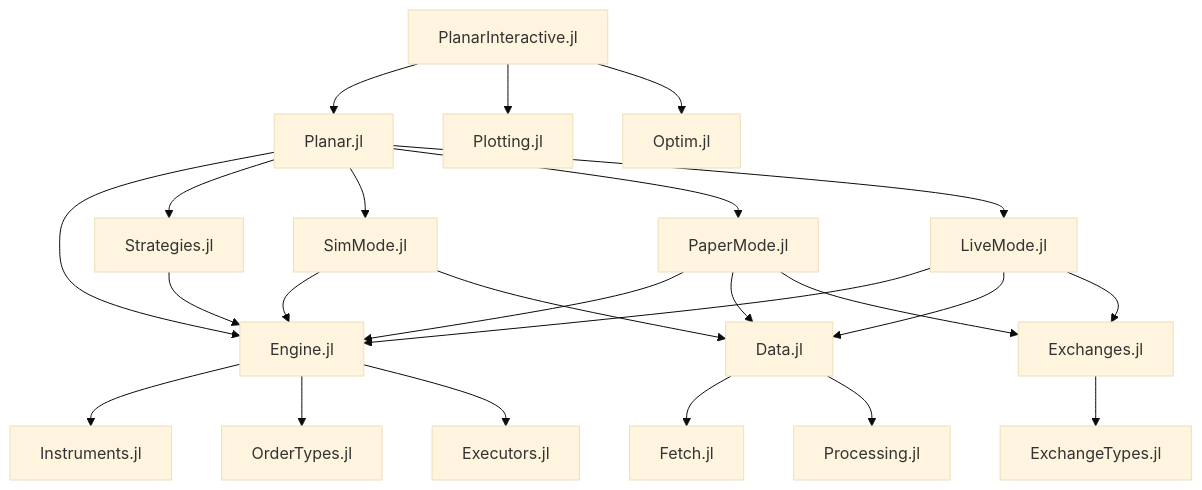
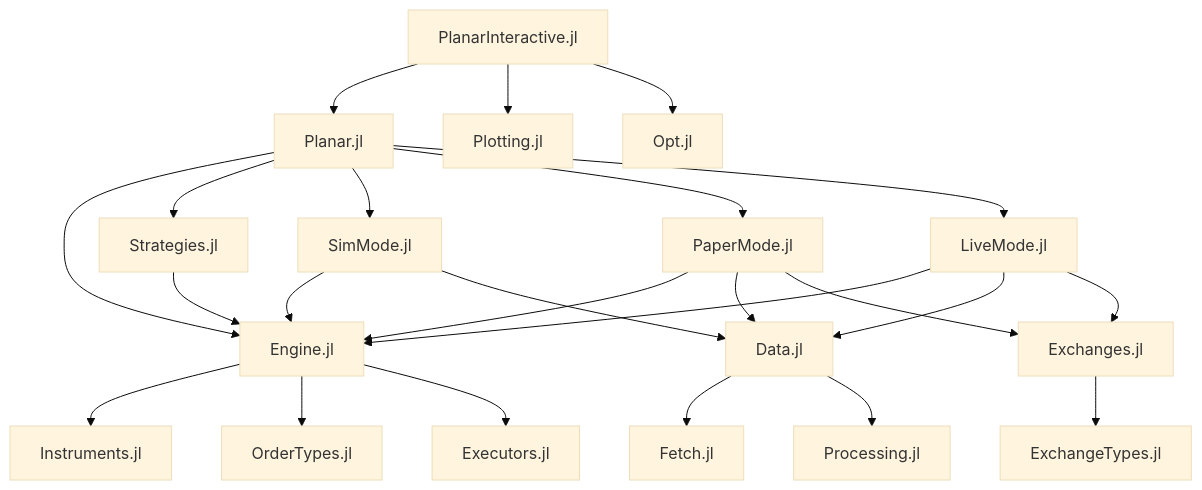
Before and after one commit to BubbleParticles/Planar.jl: the first of 2 diagrams in docs/src/devdocs.md, drawn with Mermaid (base theme). The commit also changed 27 other files, not shown here.

````diff
--- a/docs/src/devdocs.md
+++ b/docs/src/devdocs.md
@@ -65,33 +65,33 @@
 ```mermaid
 graph TD
     A[Planar.jl] --> B[Engine.jl]
     A --> C[Strategies.jl]
     A --> D[SimMode.jl]
     A --> E[PaperMode.jl]
     A --> F[LiveMode.jl]
     
     C --> B
     D --> B
     E --> B
     F --> B
     
     B --> G[Instruments.jl]
     B --> H[OrderTypes.jl]
     B --> I[Executors.jl]
     
     D --> J[Data.jl]
     E --> J
     F --> J
     
     J --> K[Fetch.jl]
     J --> L[Processing.jl]
     
     F --> M[Exchanges.jl]
     E --> M
     
     M --> N[ExchangeTypes.jl]
     
     O[PlanarInteractive.jl] --> A
     O --> P[Plotting.jl]
-    O --> Q[Optim.jl]
+    O --> Q[Opt.jl]
 ```
````
